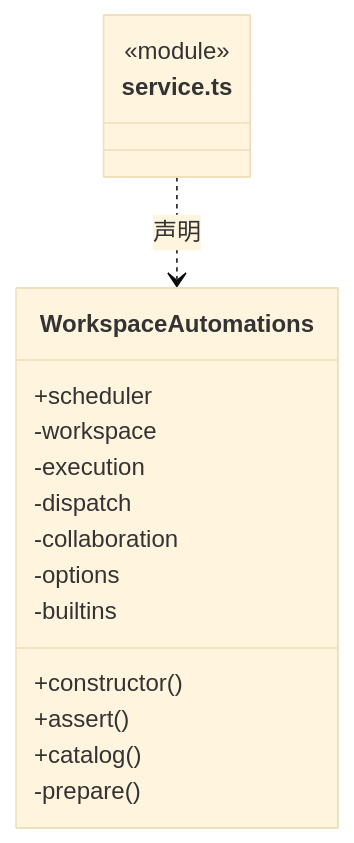
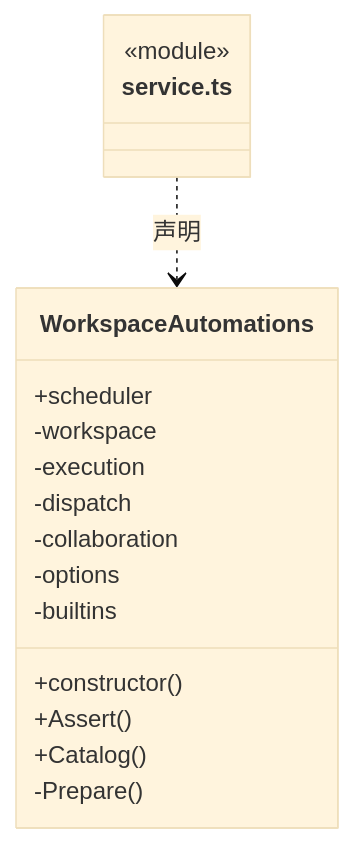
The first of 3 diagrams in src/logic/automation/service/ARCHITECTURE.md (nan023062/cbim), drawn with Mermaid (base theme) before and after one commit. The commit also changed other lines of this file and 1035 other files, not shown here.

````diff
--- a/src/logic/automation/service/ARCHITECTURE.md
+++ b/src/logic/automation/service/ARCHITECTURE.md
@@ -24,20 +24,20 @@
 ```mermaid
 classDiagram
 class N_src_logic_automation_service_service_ts["service.ts"] {
   <<module>>
 }
 class N_src_logic_automation_service_service_ts_WorkspaceAutomations["WorkspaceAutomations"] {
   +scheduler
   +constructor()
-  +assert()
-  +catalog()
+  +Assert()
+  +Catalog()
   -workspace
   -execution
   -dispatch
   -collaboration
   -options
   -builtins
-  -prepare()
+  -Prepare()
 }
 N_src_logic_automation_service_service_ts ..> N_src_logic_automation_service_service_ts_WorkspaceAutomations : 声明
 ```
````
